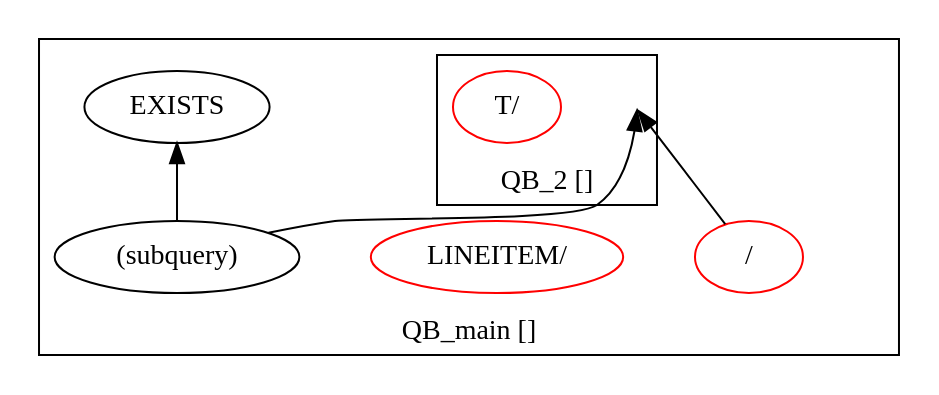
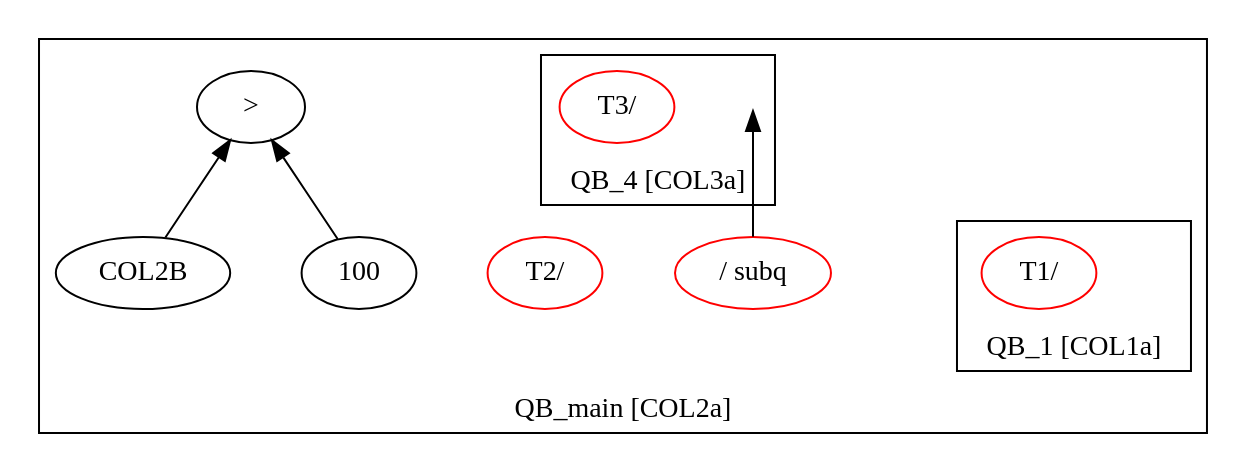
Before and after one commit to adarshpannu/kona: the diagram in qgm.dot, drawn with Graphviz. The commit also changed 5 other files, not shown here.

```diff
--- a/qgm.dot
+++ b/qgm.dot
@@ -1,21 +1,27 @@
 digraph example1 {
     rankdir=BT;
     nodesep=0.5;
     ordering="in";
   subgraph cluster_QB_main {
-    label = "QB_main []";
+    label = "QB_main [COL2a]";
     "QB_main_pt"[shape=point, color=white];
-    "QUN_3"[label="/", color=red]
-    "QUN_3" -> "QB_2_pt";
-  subgraph cluster_QB_2 {
-    label = "QB_2 []";
-    "QB_2_pt"[shape=point, color=white];
-    "QUN_1"[label="T/", color=red]
+    "QUN_5"[label="/ subq", color=red]
+    "QUN_5" -> "QB_4_pt";
+  subgraph cluster_QB_4 {
+    label = "QB_4 [COL3a]";
+    "QB_4_pt"[shape=point, color=white];
+    "QUN_3"[label="T3/ ", color=red]
 }
-    "QUN_0"[label="LINEITEM/", color=red]
-    exprnode0x7faaa3042818[label="EXISTS"];
-    exprnode0x7faaa30040d8 -> exprnode0x7faaa3042818;
-    exprnode0x7faaa30040d8[label="(subquery)"];
-    exprnode0x7faaa30040d8 -> "QB_2_pt";
+    "QUN_2"[label="T2/ ", color=red]
+    exprnode0x7fa844c33ac8[label=">"];
+    exprnode0x7fa844c32ca8 -> exprnode0x7fa844c33ac8;
+    exprnode0x7fa844c33a78 -> exprnode0x7fa844c33ac8;
+    exprnode0x7fa844c32ca8[label="COL2B"];
+    exprnode0x7fa844c33a78[label="100"];
+  subgraph cluster_QB_1 {
+    label = "QB_1 [COL1a]";
+    "QB_1_pt"[shape=point, color=white];
+    "QUN_0"[label="T1/ ", color=red]
 }
 }
+}
```
